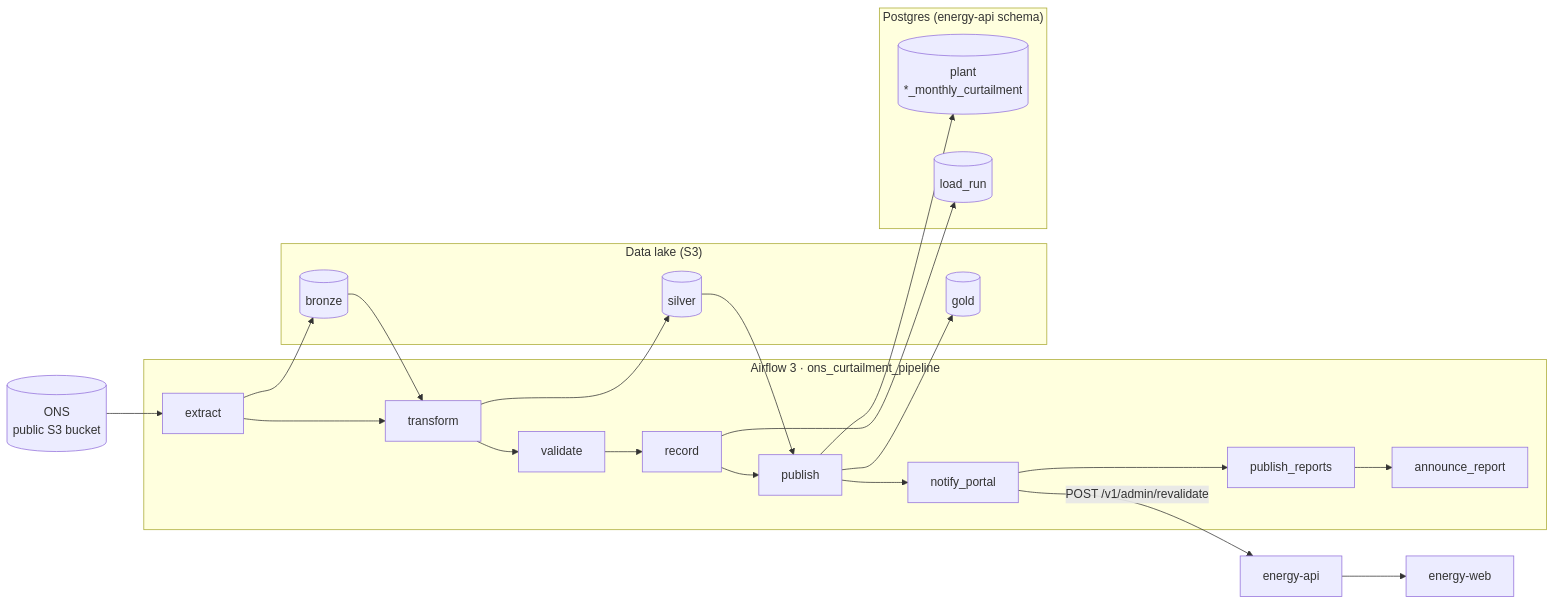
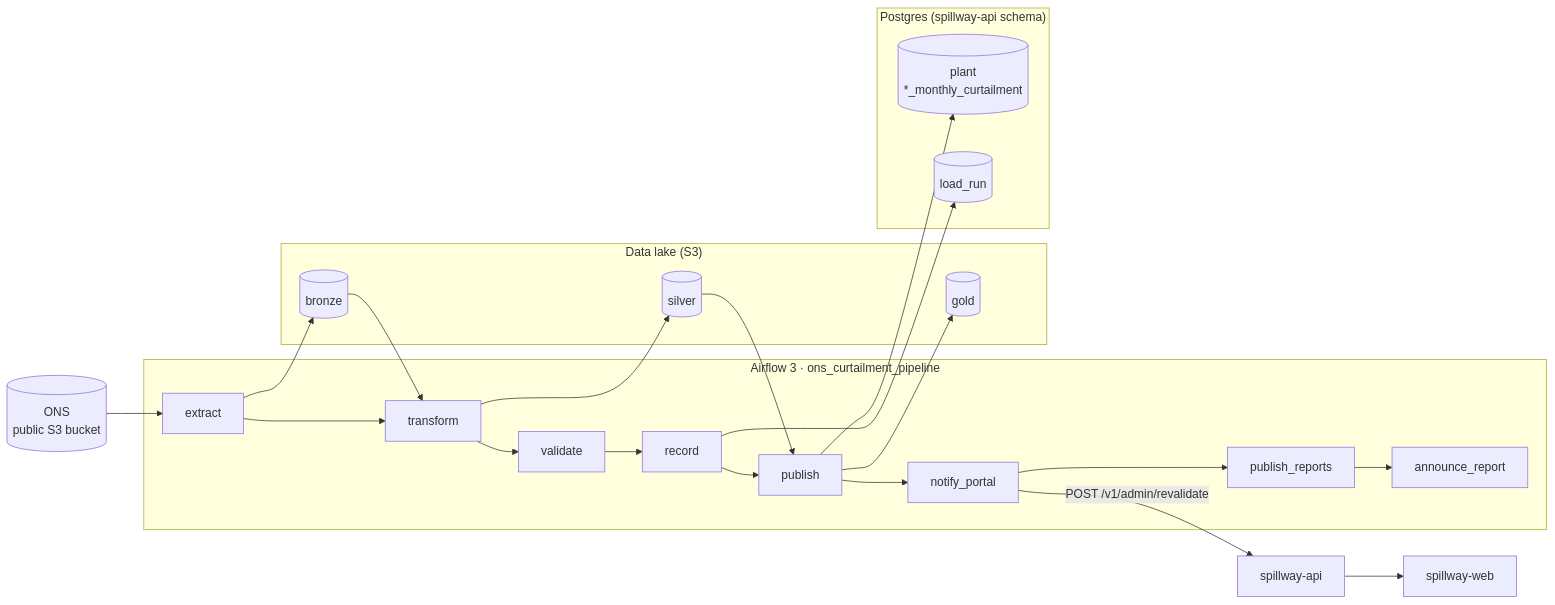
One commit to LeonardoMatos07/energia-data changed the diagram in README.md. Above: the diagram before and after it, drawn with Mermaid. The commit also changed other lines of this file and 1 other file, not shown here.

First line of the commit message:
chore: rename references to the spillway-* repositories (#3)

````diff
--- a/README.md
+++ b/README.md
@@ -27,21 +27,21 @@
 ```mermaid
 flowchart LR
     ONS[("ONS<br/>public S3 bucket")]
     subgraph Airflow["Airflow 3 · ons_curtailment_pipeline"]
         E[extract] --> T[transform] --> V[validate] --> R[record]
         R --> P[publish] --> N[notify_portal] --> RP[publish_reports] --> A[announce_report]
     end
     subgraph Lake["Data lake (S3)"]
         B[(bronze)]
         S[(silver)]
         G[(gold)]
     end
-    subgraph PG["Postgres (energy-api schema)"]
+    subgraph PG["Postgres (spillway-api schema)"]
         T1[(plant<br/>*_monthly_curtailment)]
         T2[(load_run)]
     end
     ONS --> E --> B --> T --> S --> P --> G
     P --> T1
     R --> T2
-    N -->|POST /v1/admin/revalidate| API[energy-api] --> WEB[energy-web]
+    N -->|POST /v1/admin/revalidate| API[spillway-api] --> WEB[spillway-web]
 ```
````
